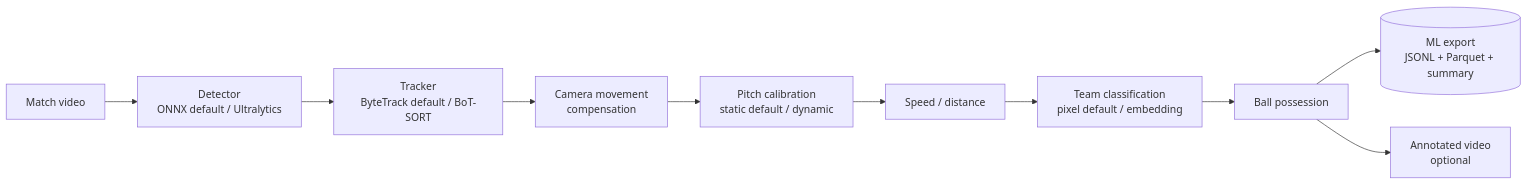
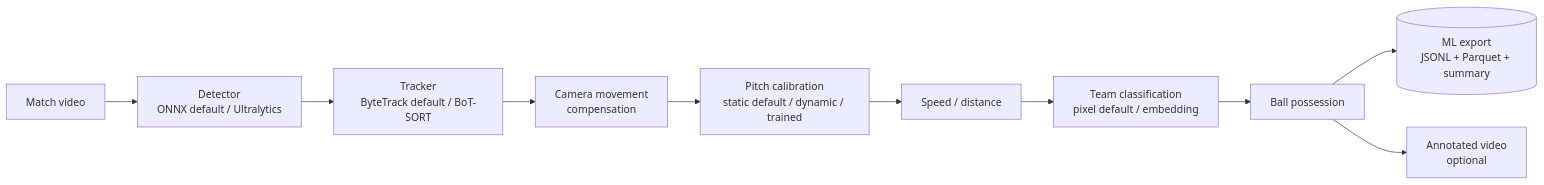
One commit to bradpatton/agon changed the diagram in README.md. Above: the diagram before and after it, drawn with Mermaid. The commit also changed other lines of this file and 9 other files, not shown here.

````diff
--- a/README.md
+++ b/README.md
@@ -17,12 +17,12 @@
 ```mermaid
 flowchart LR
     V[Match video] --> D[Detector<br/>ONNX default / Ultralytics]
     D --> T[Tracker<br/>ByteTrack default / BoT-SORT]
     T --> CM[Camera movement<br/>compensation]
-    CM --> PC[Pitch calibration<br/>static default / dynamic]
+    CM --> PC[Pitch calibration<br/>static default / dynamic / trained]
     PC --> SD[Speed / distance]
     SD --> TC[Team classification<br/>pixel default / embedding]
     TC --> BP[Ball possession]
     BP --> EX[("ML export<br/>JSONL + Parquet + summary")]
     BP --> VID[Annotated video<br/>optional]
 ```
````
